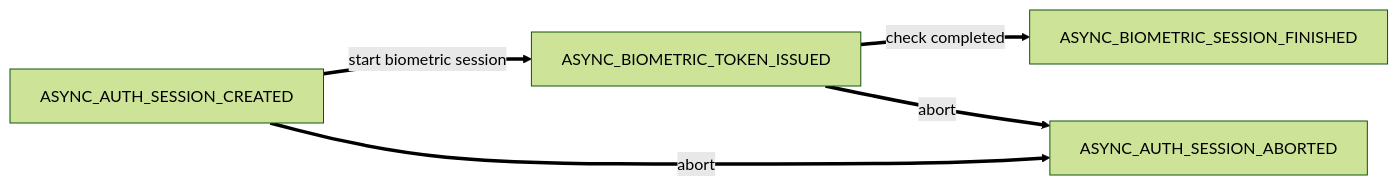
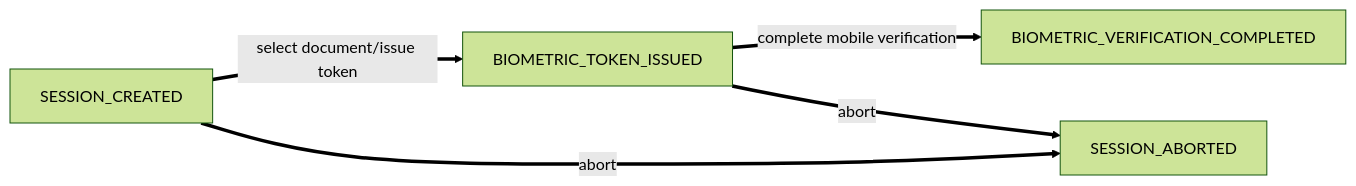
One commit to govuk-one-login/mobile-id-check-async changed the diagram in backend-api/docs/sessionStateMachine.md. Above: the diagram before and after it, drawn with Mermaid (forest theme).

Commit message:
updating sessionStateMachine to focus on user journey

````diff
--- a/backend-api/docs/sessionStateMachine.md
+++ b/backend-api/docs/sessionStateMachine.md
@@ -5,8 +5,8 @@
 ```mermaid
 flowchart LR
-    ASYNC_AUTH_SESSION_CREATED == start biometric session ==> ASYNC_BIOMETRIC_TOKEN_ISSUED
-    ASYNC_AUTH_SESSION_CREATED == abort ==> ASYNC_AUTH_SESSION_ABORTED
+    SESSION_CREATED == select document/issue token ==> BIOMETRIC_TOKEN_ISSUED
+    SESSION_CREATED == abort ==> SESSION_ABORTED
     
-    ASYNC_BIOMETRIC_TOKEN_ISSUED == check completed ==> ASYNC_BIOMETRIC_SESSION_FINISHED 
-    ASYNC_BIOMETRIC_TOKEN_ISSUED == abort ==> ASYNC_AUTH_SESSION_ABORTED
+    BIOMETRIC_TOKEN_ISSUED == complete mobile verification ==> BIOMETRIC_VERIFICATION_COMPLETED 
+    BIOMETRIC_TOKEN_ISSUED == abort ==> SESSION_ABORTED
 ```
````
